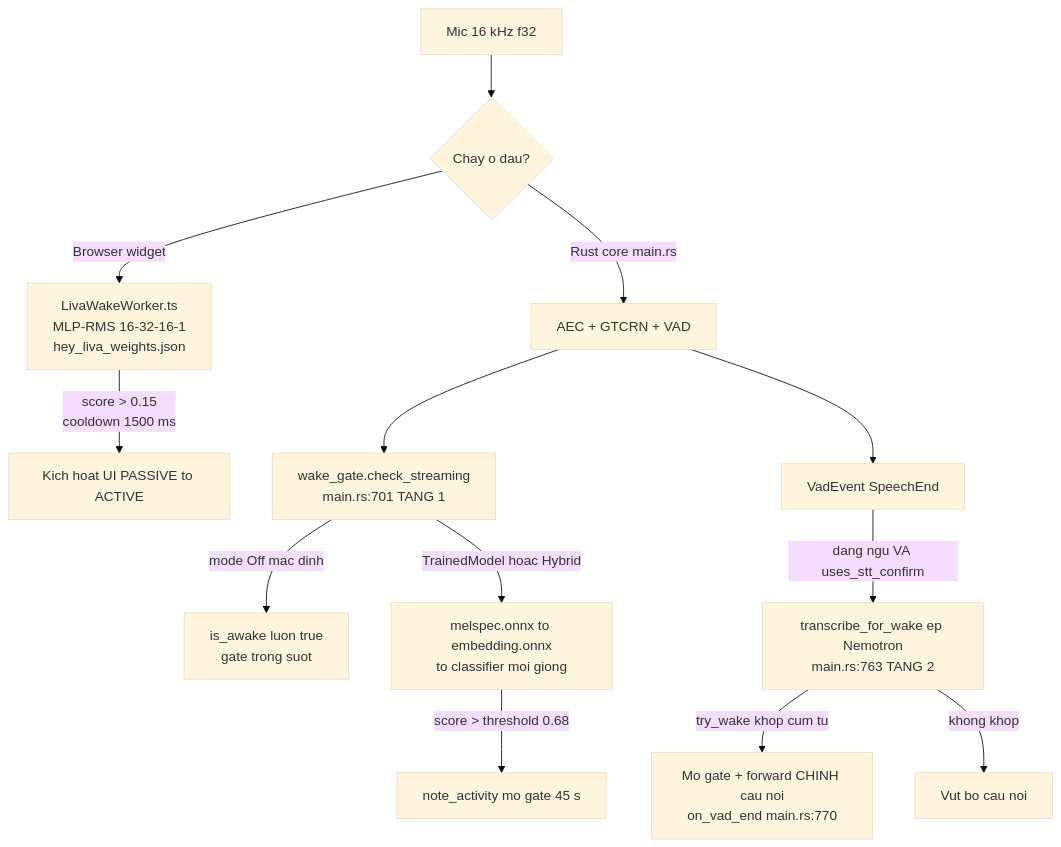
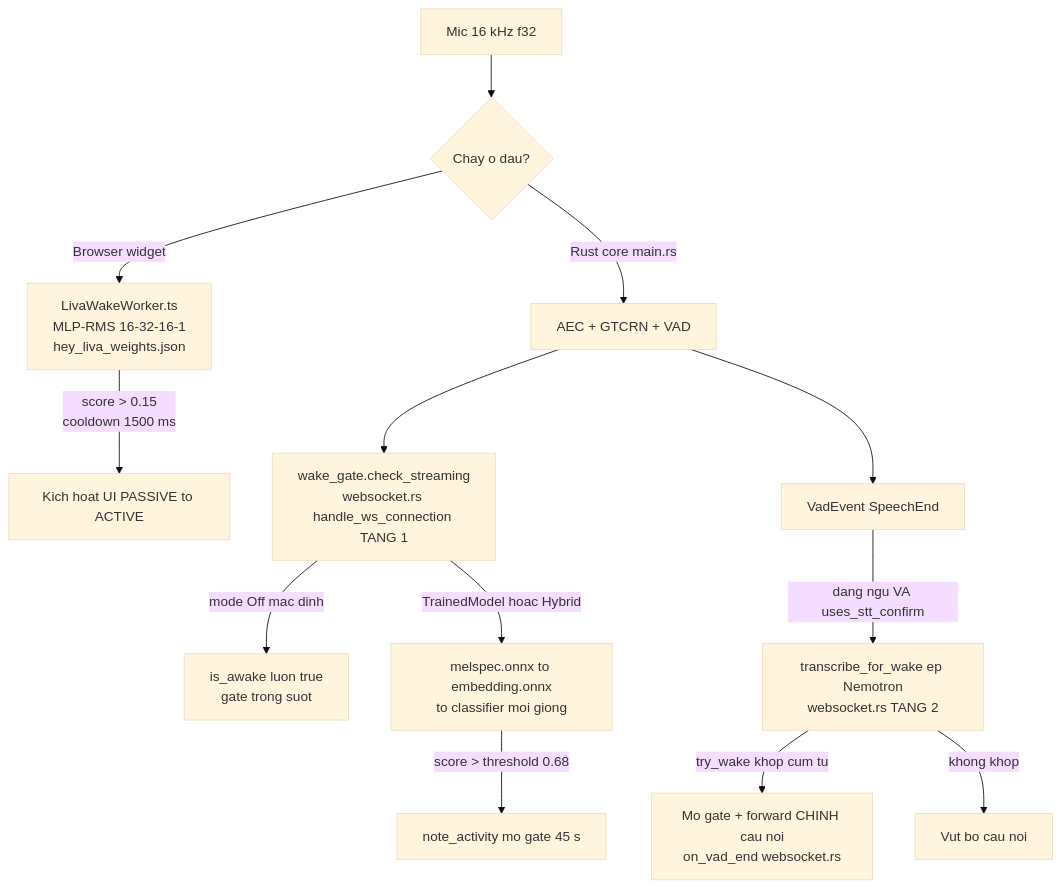
Before and after one commit to DuongNAD/LIVA: the third of 3 diagrams in docs/01-ban-ve/03-duong-ong-thoai.md, drawn with Mermaid (base theme). The commit also changed other lines of this file and 8 other files, not shown here.

````diff
--- a/docs/01-ban-ve/03-duong-ong-thoai.md
+++ b/docs/01-ban-ve/03-duong-ong-thoai.md
@@ -526,15 +527,15 @@
 ```mermaid
 flowchart TD
     A[Mic 16 kHz f32] --> B{Chay o dau?}
     B -->|Browser widget| C[LivaWakeWorker.ts<br/>MLP-RMS 16-32-16-1<br/>hey_liva_weights.json]
     C -->|score > 0.15<br/>cooldown 1500 ms| D[Kich hoat UI PASSIVE to ACTIVE]
     B -->|Rust core main.rs| E[AEC + GTCRN + VAD]
-    E --> F[wake_gate.check_streaming<br/>main.rs:701 TANG 1]
+    E --> F[wake_gate.check_streaming<br/>websocket.rs handle_ws_connection TANG 1]
     F -->|mode Off mac dinh| G[is_awake luon true<br/>gate trong suot]
     F -->|TrainedModel hoac Hybrid| H[melspec.onnx to embedding.onnx<br/>to classifier moi giong]
     H -->|score > threshold 0.68| I[note_activity mo gate 45 s]
     E --> J[VadEvent SpeechEnd]
-    J -->|dang ngu VA uses_stt_confirm| K[transcribe_for_wake ep Nemotron<br/>main.rs:763 TANG 2]
-    K -->|try_wake khop cum tu| L[Mo gate + forward CHINH cau noi<br/>on_vad_end main.rs:770]
+    J -->|dang ngu VA uses_stt_confirm| K[transcribe_for_wake ep Nemotron<br/>websocket.rs TANG 2]
+    K -->|try_wake khop cum tu| L[Mo gate + forward CHINH cau noi<br/>on_vad_end websocket.rs]
     K -->|khong khop| M[Vut bo cau noi]
 ```
````
